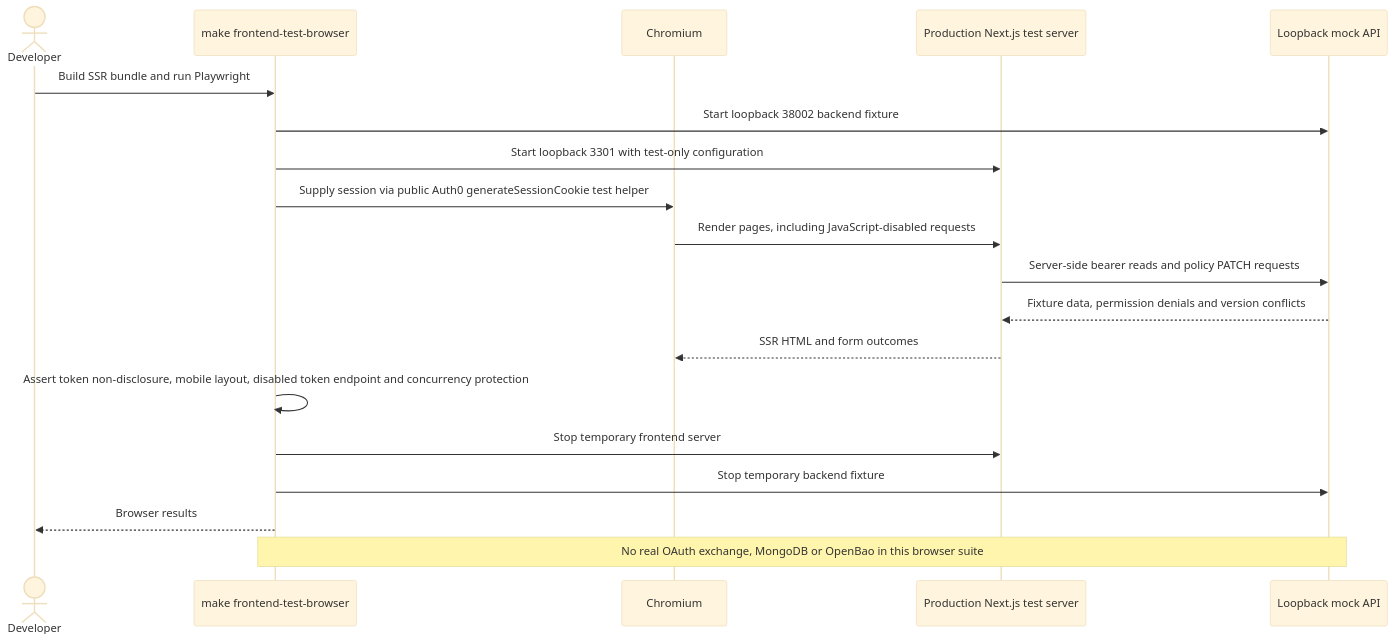
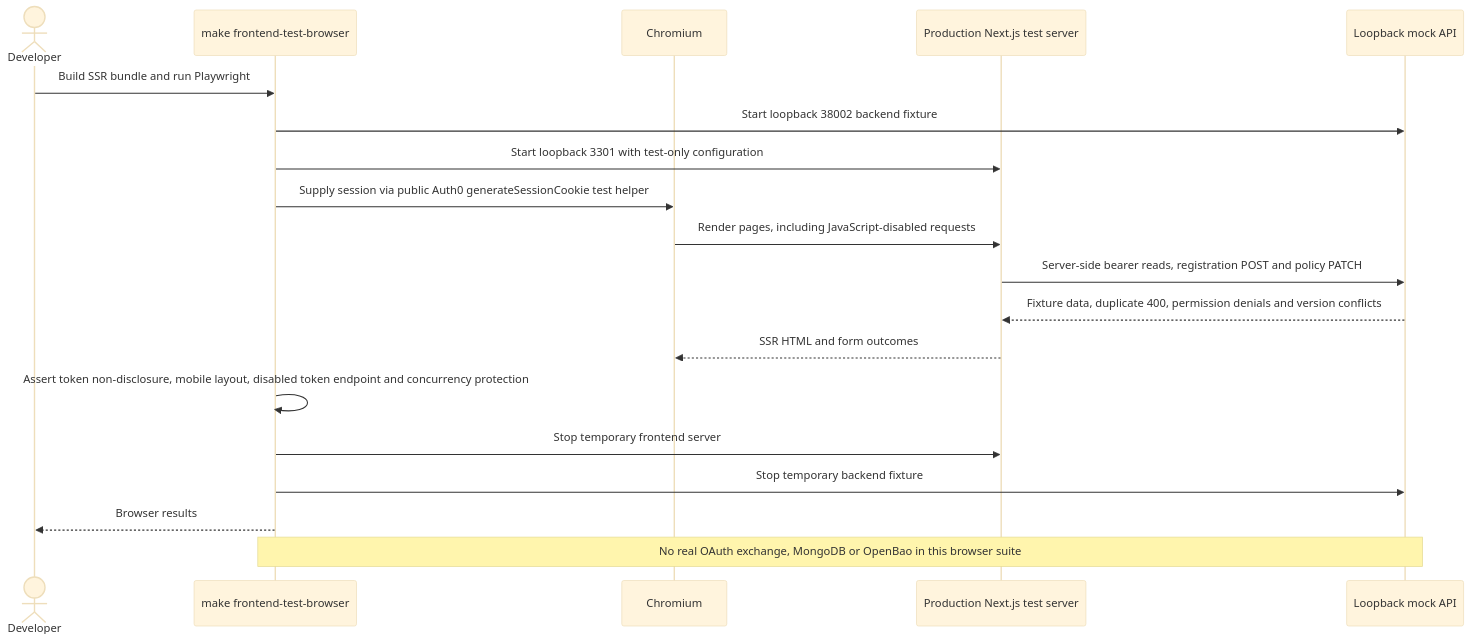
Before and after one commit to lucagiorgino/http-logger-collector: diagram 24 of 24 in docs/IMPLEMENTATION_STATUS.md, drawn with Mermaid (base theme). The commit also changed other lines of this file and 7 other files, not shown here.

First line of the commit message:
docs: update architecture and operational guidance

````diff
--- a/docs/IMPLEMENTATION_STATUS.md
+++ b/docs/IMPLEMENTATION_STATUS.md
@@ -975,21 +1186,21 @@
 ```mermaid
 sequenceDiagram
     actor Developer
     participant Test as make frontend-test-browser
     participant Browser as Chromium
     participant UI as Production Next.js test server
     participant Mock as Loopback mock API
     Developer->>Test: Build SSR bundle and run Playwright
     Test->>Mock: Start loopback 38002 backend fixture
     Test->>UI: Start loopback 3301 with test-only configuration
     Test->>Browser: Supply session via public Auth0 generateSessionCookie test helper
     Browser->>UI: Render pages, including JavaScript-disabled requests
-    UI->>Mock: Server-side bearer reads and policy PATCH requests
-    Mock-->>UI: Fixture data, permission denials and version conflicts
+    UI->>Mock: Server-side bearer reads, registration POST and policy PATCH
+    Mock-->>UI: Fixture data, duplicate 400, permission denials and version conflicts
     UI-->>Browser: SSR HTML and form outcomes
     Test->>Test: Assert token non-disclosure, mobile layout, disabled token endpoint and concurrency protection
     Test->>UI: Stop temporary frontend server
     Test->>Mock: Stop temporary backend fixture
     Test-->>Developer: Browser results
     Note over Test,Mock: No real OAuth exchange, MongoDB or OpenBao in this browser suite
 ```
````
